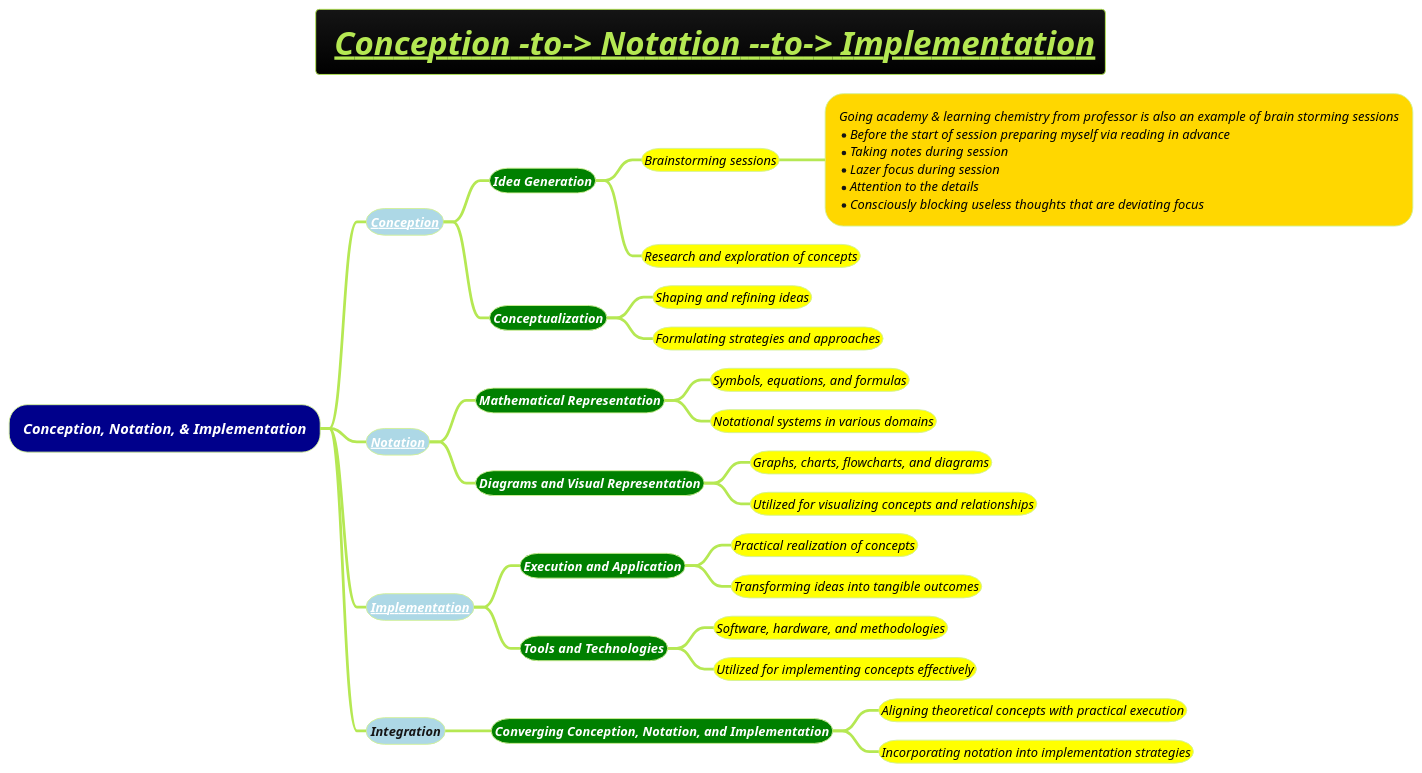
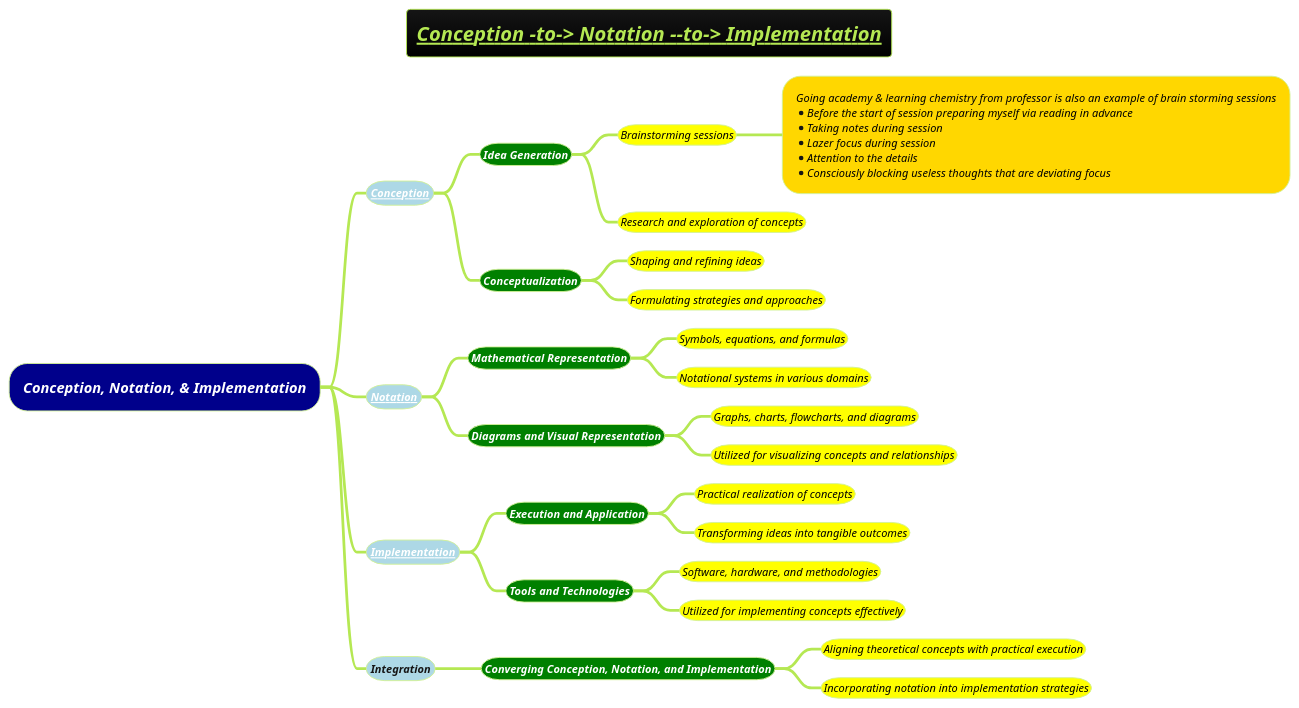
Before and after one commit to MehmoodHashmi/Documentation-as-Code-DaC: the diagram in docs/3-programming-languages/Venkat-Subramaniam/Conception-Notation-and-Implementation.puml, drawn with PlantUML. The commit also changed 1 other file, not shown here.

```diff
--- a/docs/3-programming-languages/Venkat-Subramaniam/Conception-Notation-and-Implementation.puml
+++ b/docs/3-programming-languages/Venkat-Subramaniam/Conception-Notation-and-Implementation.puml
@@ -1,38 +1,38 @@
 @startmindmap
-title =<i><b><u> Conception -to-> Notation --to-> Implementation
+title =<i><b><u><size:18>Conception -to-> Notation --to-> Implementation
 !theme hacker
 
 *[#darkblue] <i><color:#white>Conception, Notation, & Implementation
-**[#lightblue] <i><color #blac><size:14>[[docs/3-programming-languages/Venkat-Subramaniam/Conception.puml Conception]]
-***[#green] <b><i><color #white><size:14>Idea Generation
-****[#yellow] <i><color #black><size:14>Brainstorming sessions
-*****[#gold]:<i><color #black><size:14>Going academy & learning chemistry from professor is also an example of brain storming sessions
-*<i><color #black><size:14>Before the start of session preparing myself via reading in advance
-*<i><color #black><size:14>Taking notes during session
-*<i><color #black><size:14>Lazer focus during session
-*<i><color #black><size:14>Attention to the details
-*<i><color #black><size:14>Consciously blocking useless thoughts that are deviating focus;
+**[#lightblue] <i><color #blac><size:12>[[docs/3-programming-languages/Venkat-Subramaniam/Conception.puml Conception]]
+***[#green] <b><i><color #white><size:12>Idea Generation
+****[#yellow] <i><color #black><size:12>Brainstorming sessions
+*****[#gold]:<i><color #black><size:12>Going academy & learning chemistry from professor is also an example of brain storming sessions
+*<i><color #black><size:12>Before the start of session preparing myself via reading in advance
+*<i><color #black><size:12>Taking notes during session
+*<i><color #black><size:12>Lazer focus during session
+*<i><color #black><size:12>Attention to the details
+*<i><color #black><size:12>Consciously blocking useless thoughts that are deviating focus;
 
-****[#yellow] <i><color #black><size:14>Research and exploration of concepts
-***[#green] <b><i><color #white><size:14>Conceptualization
-****[#yellow] <i><color #black><size:14>Shaping and refining ideas
-****[#yellow] <i><color #black><size:14>Formulating strategies and approaches
-**[#lightblue] <i><color #blac><size:14>[[docs/3-programming-languages/Venkat-Subramaniam/Notation.puml Notation]]
-***[#green] <b><i><color #white><size:14>Mathematical Representation
-****[#yellow] <i><color #black><size:14>Symbols, equations, and formulas
-****[#yellow] <i><color #black><size:14>Notational systems in various domains
-***[#green] <b><i><color #white><size:14>Diagrams and Visual Representation
-****[#yellow] <i><color #black><size:14>Graphs, charts, flowcharts, and diagrams
-****[#yellow] <i><color #black><size:14>Utilized for visualizing concepts and relationships
-**[#lightblue] <i><color #blac><size:14>[[docs/3-programming-languages/Venkat-Subramaniam/Implementation.puml Implementation]]
-***[#green] <b><i><color #white><size:14>Execution and Application
-****[#yellow] <i><color #black><size:14>Practical realization of concepts
-****[#yellow] <i><color #black><size:14>Transforming ideas into tangible outcomes
-***[#green] <b><i><color #white><size:14>Tools and Technologies
-****[#yellow] <i><color #black><size:14>Software, hardware, and methodologies
-****[#yellow] <i><color #black><size:14>Utilized for implementing concepts effectively
-**[#lightblue] <i><color #blac><size:14>Integration
-***[#green] <b><i><color #white><size:14>Converging Conception, Notation, and Implementation
-****[#yellow] <i><color #black><size:14>Aligning theoretical concepts with practical execution
-****[#yellow] <i><color #black><size:14>Incorporating notation into implementation strategies
+****[#yellow] <i><color #black><size:12>Research and exploration of concepts
+***[#green] <b><i><color #white><size:12>Conceptualization
+****[#yellow] <i><color #black><size:12>Shaping and refining ideas
+****[#yellow] <i><color #black><size:12>Formulating strategies and approaches
+**[#lightblue] <i><color #blac><size:12>[[docs/3-programming-languages/Venkat-Subramaniam/Notation.puml Notation]]
+***[#green] <b><i><color #white><size:12>Mathematical Representation
+****[#yellow] <i><color #black><size:12>Symbols, equations, and formulas
+****[#yellow] <i><color #black><size:12>Notational systems in various domains
+***[#green] <b><i><color #white><size:12>Diagrams and Visual Representation
+****[#yellow] <i><color #black><size:12>Graphs, charts, flowcharts, and diagrams
+****[#yellow] <i><color #black><size:12>Utilized for visualizing concepts and relationships
+**[#lightblue] <i><color #blac><size:12>[[docs/3-programming-languages/Venkat-Subramaniam/Implementation.puml Implementation]]
+***[#green] <b><i><color #white><size:12>Execution and Application
+****[#yellow] <i><color #black><size:12>Practical realization of concepts
+****[#yellow] <i><color #black><size:12>Transforming ideas into tangible outcomes
+***[#green] <b><i><color #white><size:12>Tools and Technologies
+****[#yellow] <i><color #black><size:12>Software, hardware, and methodologies
+****[#yellow] <i><color #black><size:12>Utilized for implementing concepts effectively
+**[#lightblue] <i><color #blac><size:12>Integration
+***[#green] <b><i><color #white><size:12>Converging Conception, Notation, and Implementation
+****[#yellow] <i><color #black><size:12>Aligning theoretical concepts with practical execution
+****[#yellow] <i><color #black><size:12>Incorporating notation into implementation strategies
 @endmindmap
```
